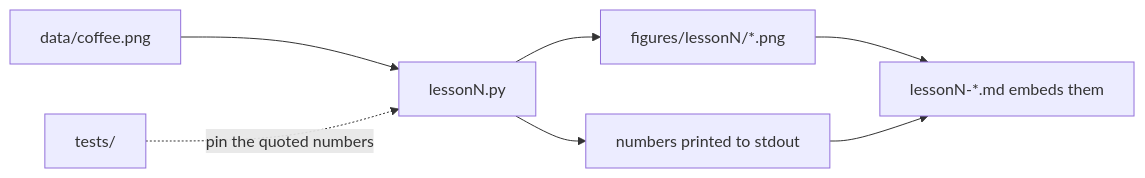
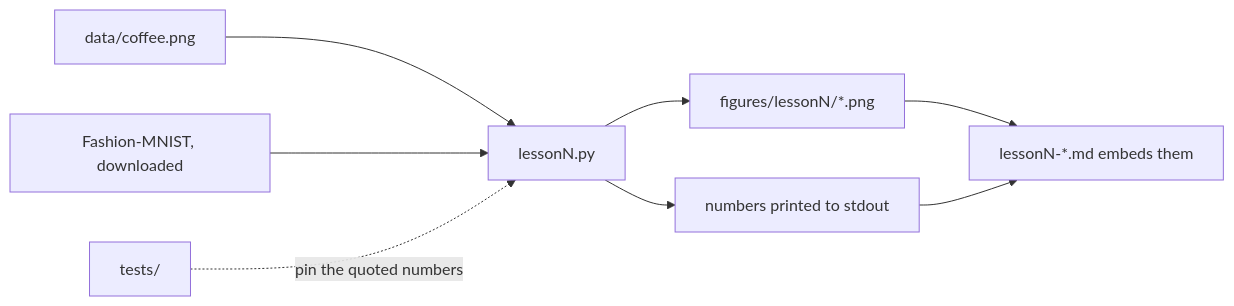
The diagram in README.md (Mariam-zeqred/computer-vision-fundamentals), drawn with Mermaid before and after one commit. The commit also changed other lines of this file and 3 other files, not shown here.

````diff
--- a/README.md
+++ b/README.md
@@ -33,9 +34,10 @@
 ```mermaid
 flowchart LR
     D[data/coffee.png] --> L[lessonN.py]
+    FM[Fashion-MNIST, downloaded] --> L
     L --> F[figures/lessonN/*.png]
     L --> T[numbers printed to stdout]
     F --> M[lessonN-*.md embeds them]
     T --> M
     tests[tests/] -. pin the quoted numbers .-> L
 ```
````
